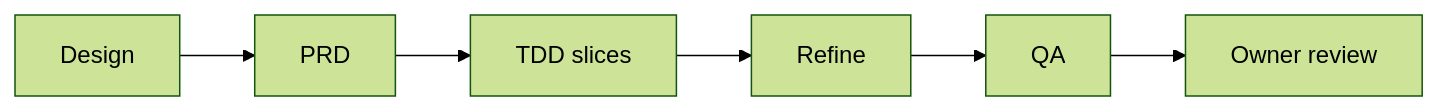
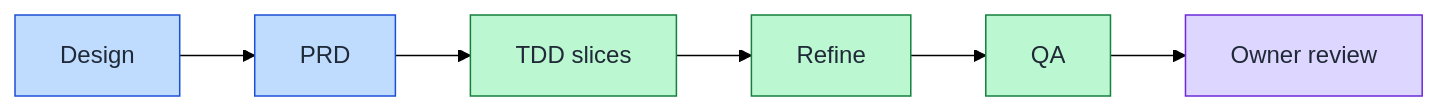
One commit to victusfate/scaffold changed the diagram in docs/diagrams/pages/feature-chain.md. Above: the diagram before and after it, drawn with Mermaid (forest theme). The commit also changed other lines of this file and 20 other files, not shown here.

First line of the commit message:
docs(diagram-explorer-md): lane colors from the diagram palette; short LLM block

````diff
--- a/docs/diagrams/pages/feature-chain.md
+++ b/docs/diagrams/pages/feature-chain.md
@@ -7,8 +7,14 @@
 ```mermaid
 flowchart LR
   n_design["Design"] --> n_prd["PRD"]
   n_prd["PRD"] --> n_tdd["TDD slices"]
   n_tdd["TDD slices"] --> n_refine["Refine"]
   n_refine["Refine"] --> n_qa["QA"]
   n_qa["QA"] --> n_review["Owner review"]
+  classDef lane0 fill:#bfdbfe,stroke:#1d4ed8,color:#1f2937
+  classDef lane1 fill:#bbf7d0,stroke:#15803d,color:#1f2937
+  classDef lane2 fill:#ddd6fe,stroke:#6d28d9,color:#1f2937
+  class n_design,n_prd lane0
+  class n_tdd,n_refine,n_qa lane1
+  class n_review lane2
 ```
````
